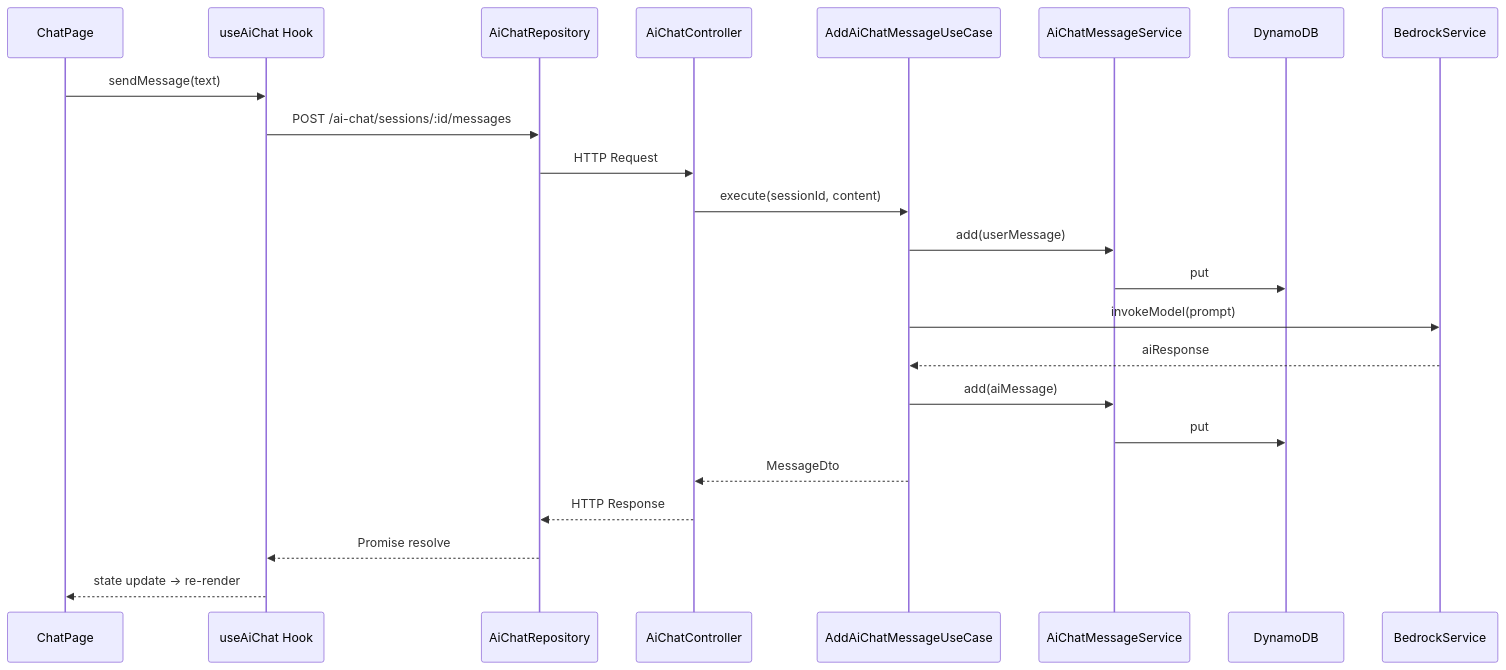
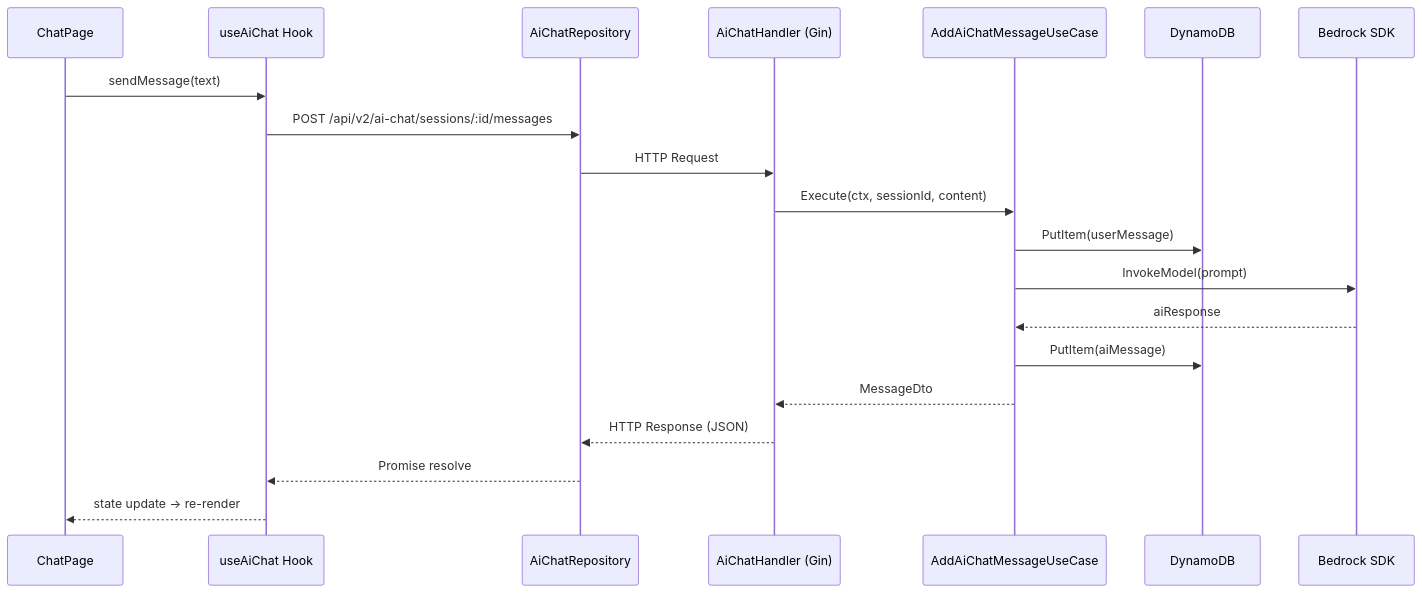
Before and after one commit to norman6464/FreStyle: the second of 2 diagrams in README.md, drawn with Mermaid. The commit also changed other lines of this file, not shown here.

First line of the commit message:
docs: README を Spring Boot → Go (Gin + GORM) 移行に合わせて全面更新 (#1486)

````diff
--- a/README.md
+++ b/README.md
@@ -270,26 +273,23 @@
 ```mermaid
 sequenceDiagram
     participant FE as ChatPage
     participant Hook as useAiChat Hook
     participant Repo as AiChatRepository
-    participant Ctrl as AiChatController
+    participant H as AiChatHandler (Gin)
     participant UC as AddAiChatMessageUseCase
-    participant Svc as AiChatMessageService
     participant DDB as DynamoDB
-    participant Bed as BedrockService
+    participant Bed as Bedrock SDK
 
     FE->>Hook: sendMessage(text)
-    Hook->>Repo: POST /ai-chat/sessions/:id/messages
-    Repo->>Ctrl: HTTP Request
-    Ctrl->>UC: execute(sessionId, content)
-    UC->>Svc: add(userMessage)
-    Svc->>DDB: put
-    UC->>Bed: invokeModel(prompt)
+    Hook->>Repo: POST /api/v2/ai-chat/sessions/:id/messages
+    Repo->>H: HTTP Request
+    H->>UC: Execute(ctx, sessionId, content)
+    UC->>DDB: PutItem(userMessage)
+    UC->>Bed: InvokeModel(prompt)
     Bed-->>UC: aiResponse
-    UC->>Svc: add(aiMessage)
-    Svc->>DDB: put
-    UC-->>Ctrl: MessageDto
-    Ctrl-->>Repo: HTTP Response
+    UC->>DDB: PutItem(aiMessage)
+    UC-->>H: MessageDto
+    H-->>Repo: HTTP Response (JSON)
     Repo-->>Hook: Promise resolve
     Hook-->>FE: state update → re-render
 ```
````
